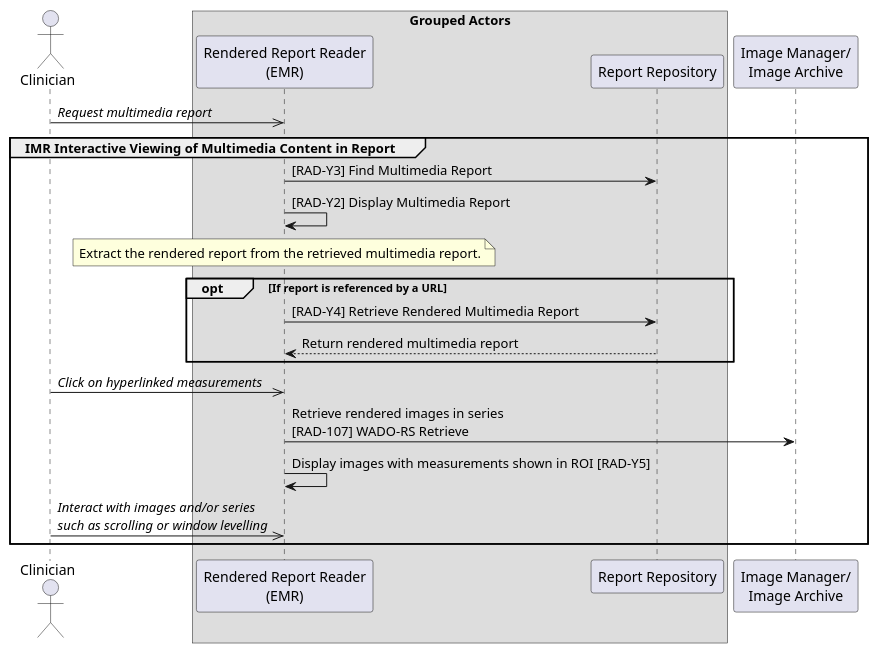
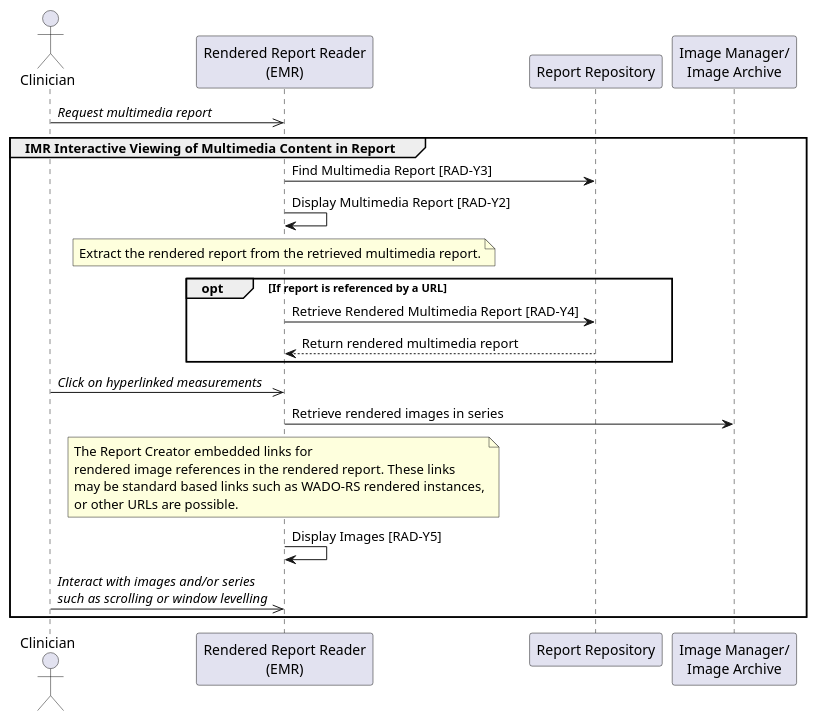
The diagram in input/images-source/uc2a-presenting-interactive-report-presentedform.plantuml (IHE/RAD.IMR), drawn with PlantUML before and after one commit. The commit also changed 5 other files, not shown here.

Commit message:
Updated all use case diagrams.

```diff
--- a/input/images-source/uc2a-presenting-interactive-report-presentedform.plantuml
+++ b/input/images-source/uc2a-presenting-interactive-report-presentedform.plantuml
@@ -1,34 +1,38 @@
 @startuml
 
 actor Clinician as Clinician
 
-box Grouped Actors
 participant "Rendered Report Reader\n(EMR)" as EMR
 participant "Report Repository" as Repo
-end box
 
 participant "Image Manager/\nImage Archive" as Archive
 
 Clinician->>EMR: //Request multimedia report//
 group IMR Interactive Viewing of Multimedia Content in Report
-EMR->Repo: [RAD-Y3] Find Multimedia Report
-EMR->EMR: [RAD-Y2] Display Multimedia Report
+EMR->Repo: Find Multimedia Report [RAD-Y3]
+EMR->EMR: Display Multimedia Report [RAD-Y2]
 note over EMR
 Extract the rendered report from the retrieved multimedia report.
 end note
 
 opt If report is referenced by a URL
-EMR->Repo: [RAD-Y4] Retrieve Rendered Multimedia Report
+EMR->Repo: Retrieve Rendered Multimedia Report [RAD-Y4]
 Repo-->EMR: Return rendered multimedia report
 end
 
 Clinician->>EMR: //Click on hyperlinked measurements//
 
-EMR->Archive: Retrieve rendered images in series\n[RAD-107] WADO-RS Retrieve
-EMR->EMR: Display images with measurements shown in ROI [RAD-Y5]
+EMR->Archive: Retrieve rendered images in series
+note over EMR
+The Report Creator embedded links for
+rendered image references in the rendered report. These links
+may be standard based links such as WADO-RS rendered instances,
+or other URLs are possible.
+end note
+EMR->EMR: Display Images [RAD-Y5]
 
 Clinician->>EMR: //Interact with images and/or series//\n//such as scrolling or window levelling//
 
 end
 
 @enduml
```
